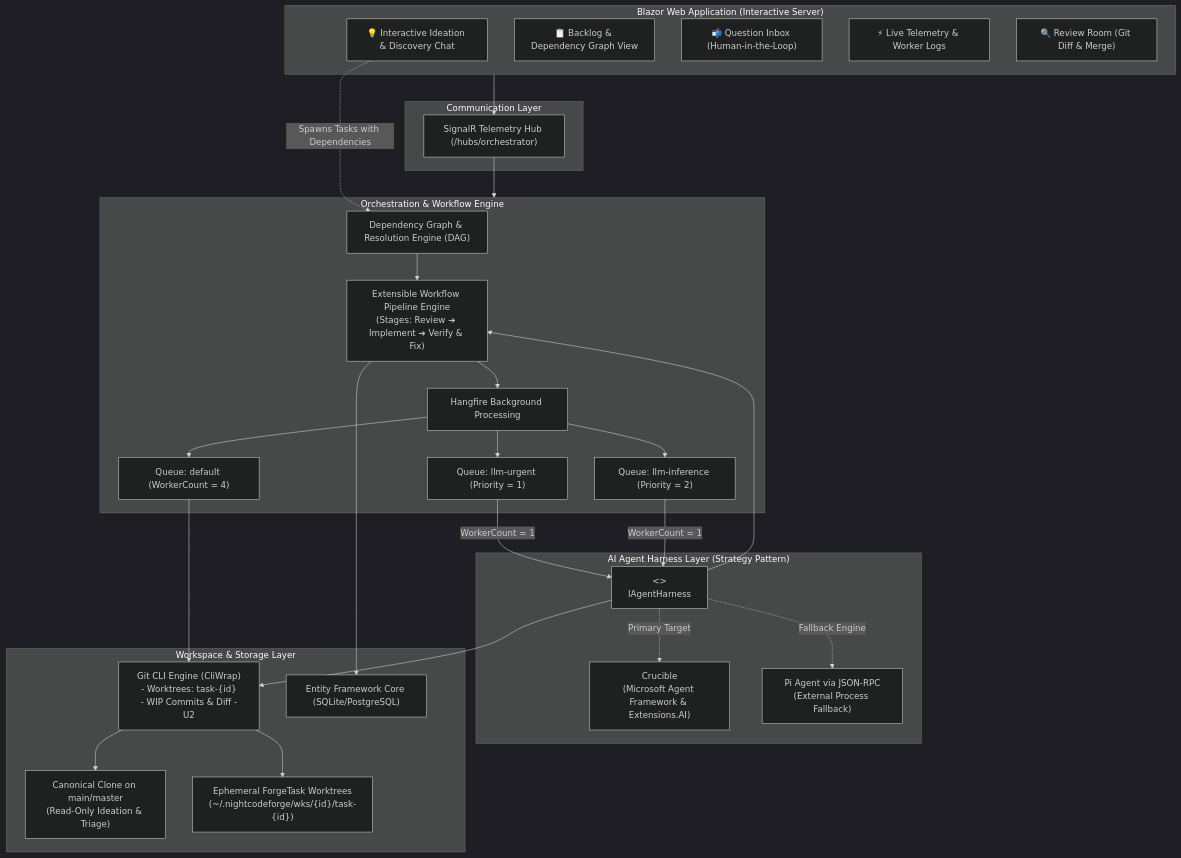
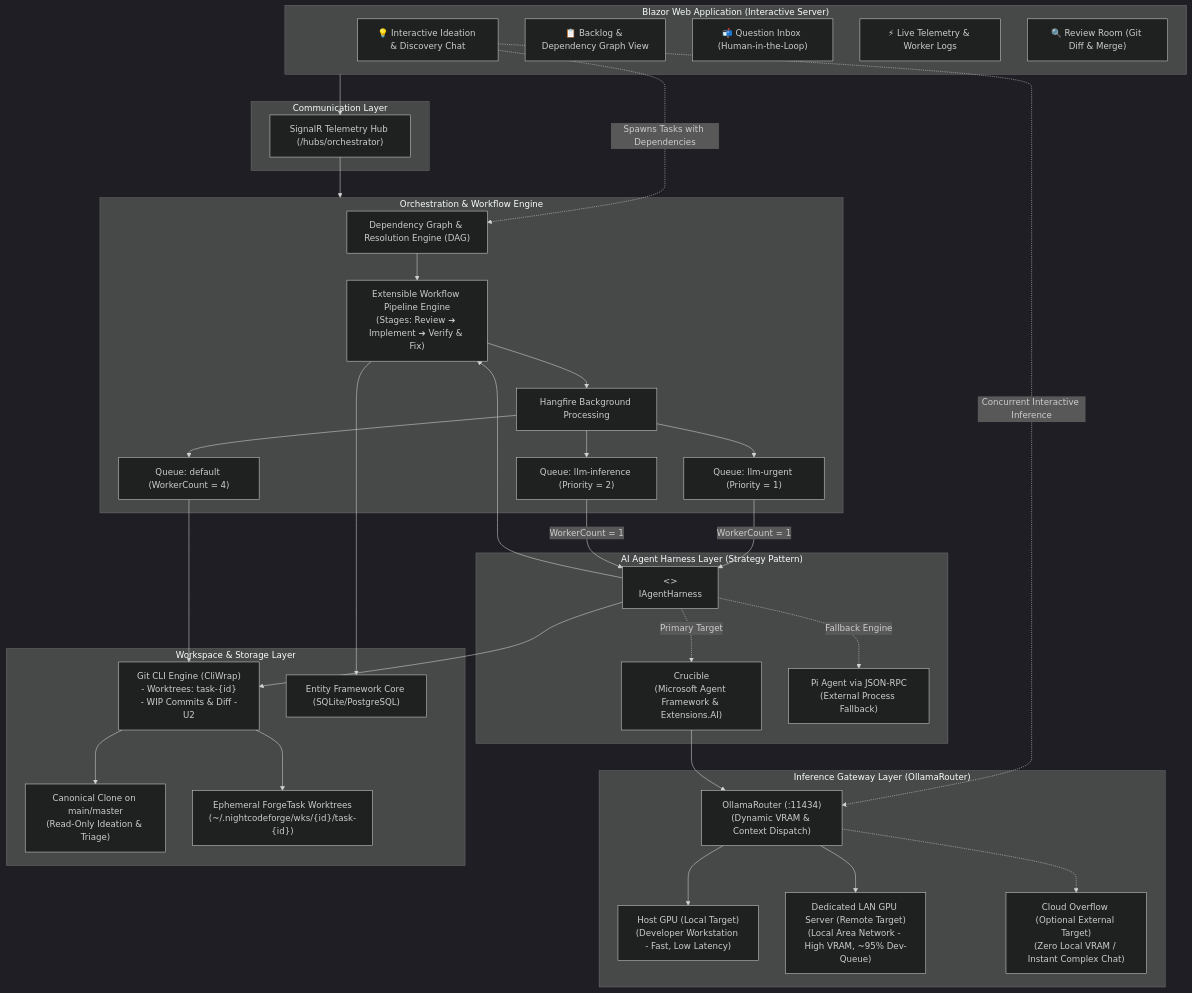
Before and after one commit to jetelain/NightCodeForge: the first of 23 diagrams in docs/ARCHITECTURE.md, drawn with Mermaid (dark theme). The commit also changed other lines of this file and 12 other files, not shown here.

Commit message:
Improve wording on Local/Remote of OllamaRouter

````diff
--- a/docs/ARCHITECTURE.md
+++ b/docs/ARCHITECTURE.md
@@ -29,58 +29,71 @@
 ```mermaid
 flowchart TB
     subgraph UI ["Blazor Web Application (Interactive Server)"]
         Ideation["💡 Interactive Ideation & Discovery Chat"]
         Backlog["📋 Backlog & Dependency Graph View"]
         Inbox["📬 Question Inbox (Human-in-the-Loop)"]
         Monitor["⚡ Live Telemetry & Worker Logs"]
         Review["🔍 Review Room (Git Diff & Merge)"]
     end
 
     subgraph Hubs ["Communication Layer"]
         SignalR["SignalR Telemetry Hub (/hubs/orchestrator)"]
     end
 
     subgraph Core ["Orchestration & Workflow Engine"]
         DepEngine["Dependency Graph & Resolution Engine (DAG)"]
         PipelineEngine["Extensible Workflow Pipeline Engine\n(Stages: Review ➔ Implement ➔ Verify & Fix)"]
         HangfireEngine["Hangfire Background Processing"]
         QueueUrgent["Queue: llm-urgent (Priority = 1)"]
         QueueStandard["Queue: llm-inference (Priority = 2)"]
         QueueUtility["Queue: default (WorkerCount = 4)"]
     end
 
     subgraph Harness ["AI Agent Harness Layer (Strategy Pattern)"]
         IHarness["<<interface>>\nIAgentHarness"]
         Crucible["Crucible\n(Microsoft Agent Framework & Extensions.AI)"]
         PiRpc["Pi Agent via JSON-RPC\n(External Process Fallback)"]
     end
 
+    subgraph Gateway ["Inference Gateway Layer (OllamaRouter)"]
+        Router["OllamaRouter (:11434)\n(Dynamic VRAM & Context Dispatch)"]
+        HostGPU["Host GPU (Local Target)\n(Developer Workstation - Fast, Low Latency)"]
+        LanGPU["Dedicated LAN GPU Server (Remote Target)\n(Local Area Network - High VRAM, ~95% Dev-Queue)"]
+        CloudOverflow["Cloud Overflow (Optional External Target)\n(Zero Local VRAM / Instant Complex Chat)"]
+    end
+
     subgraph Workspaces ["Workspace & Storage Layer"]
         GitCli["Git CLI Engine (CliWrap)\n- Worktrees: task-{id}\n- WIP Commits & Diff -U2"]
         EFCore["Entity Framework Core (SQLite/PostgreSQL)"]
         CanonicalClone["Canonical Clone on main/master\n(Read-Only Ideation & Triage)"]
         Worktrees["Ephemeral ForgeTask Worktrees\n(~/.nightcodeforge/wks/{id}/task-{id})"]
     end
 
     UI --> SignalR
     SignalR --> Core
     Ideation -.->|Spawns Tasks with Dependencies| DepEngine
+    Ideation -.->|Concurrent Interactive Inference| Router
     DepEngine --> PipelineEngine
     PipelineEngine --> HangfireEngine
     HangfireEngine --> QueueUrgent
     HangfireEngine --> QueueStandard
     HangfireEngine --> QueueUtility
 
     QueueUrgent -->|WorkerCount = 1| IHarness
     QueueStandard -->|WorkerCount = 1| IHarness
     QueueUtility --> GitCli
 
     IHarness -.->|Primary Target| Crucible
     IHarness -.->|Fallback Engine| PiRpc
 
+    Crucible --> Router
+    Router --> HostGPU
+    Router --> LanGPU
+    Router -.-> CloudOverflow
+
     IHarness --> PipelineEngine
     IHarness --> GitCli
     GitCli --> CanonicalClone
     GitCli --> Worktrees
     PipelineEngine --> EFCore
 ```
````
